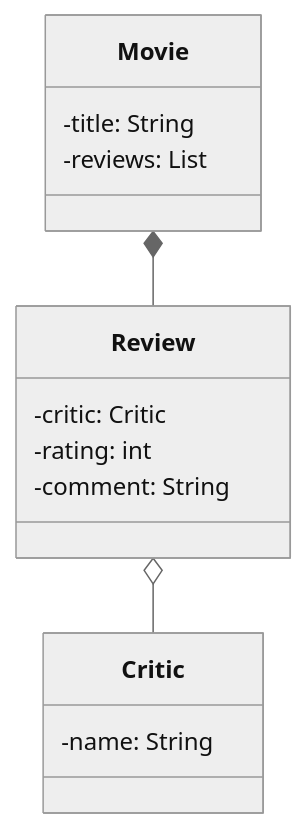
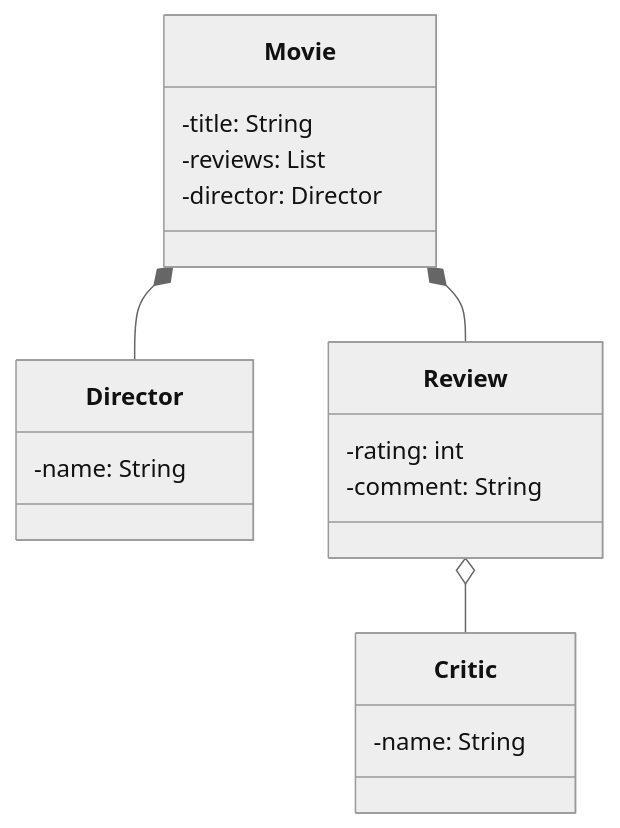
Before and after one commit to AlbertProfe/CifoJava2023: the diagram in MovieManger/uml.md, drawn with Mermaid (neutral theme). The commit also changed 7 other files, not shown here.

````diff
--- a/MovieManger/uml.md
+++ b/MovieManger/uml.md
@@ -3,18 +3,23 @@
 ``` mermaid
 classDiagram
   class Movie {
     -title: String
     -reviews: List<Review>
+    -director: Director
   }
   class Critic {
     -name: String
   }
+  
+  class Director {
+    -name: String
+  }
   class Review {
-    -critic: Critic
     -rating: int
     -comment: String
   }
   Movie *-- Review
+  Movie *-- Director
   Review o-- Critic
 
 ```
````
